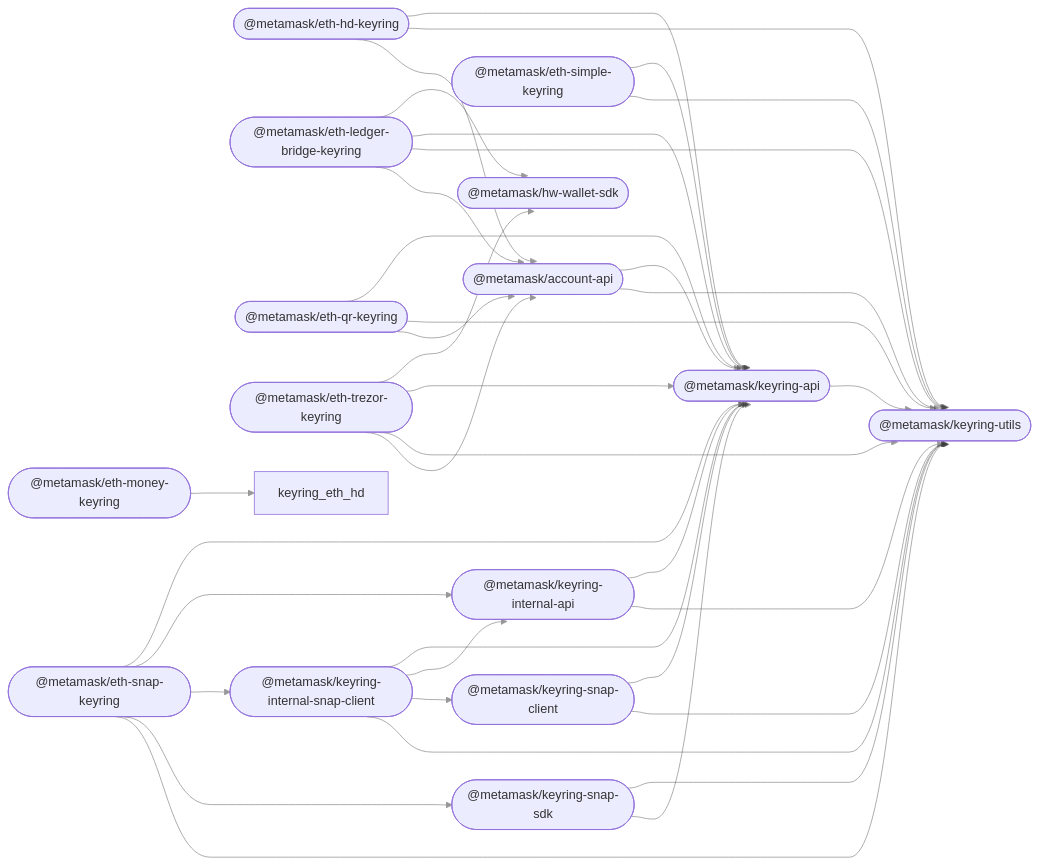
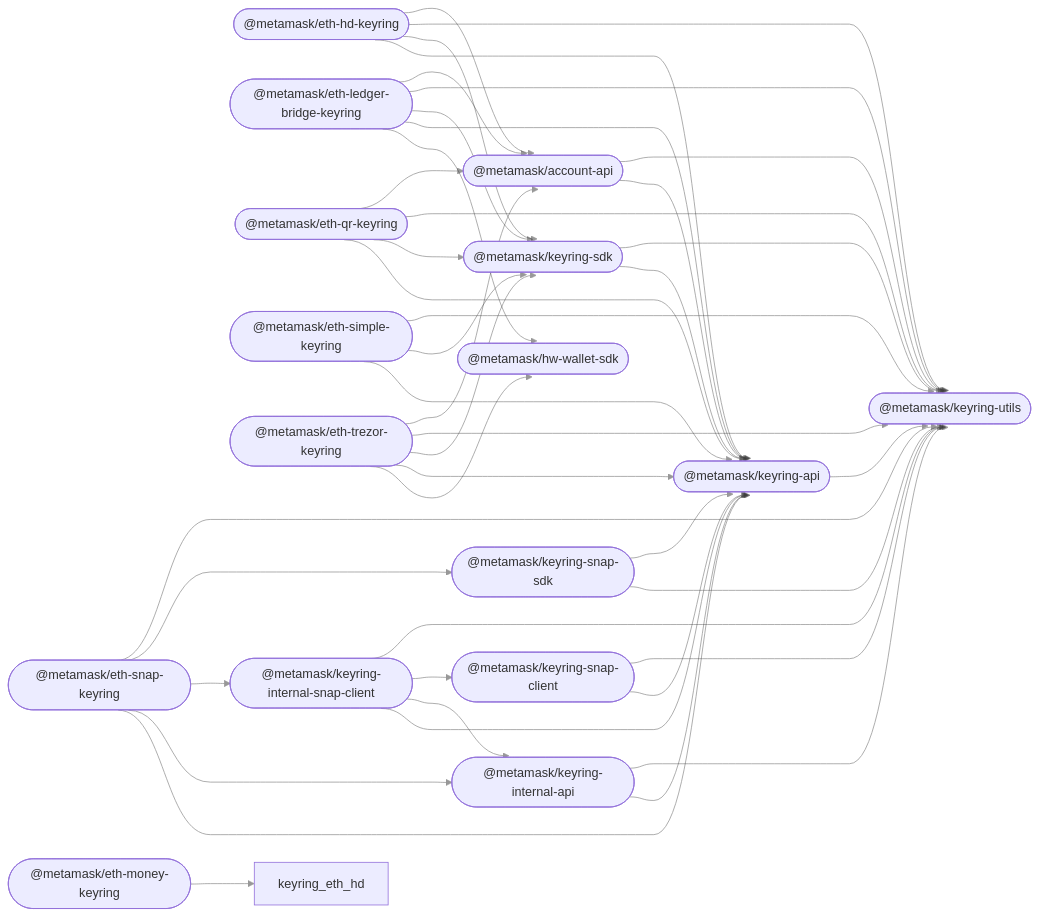
One commit to MetaMask/accounts changed the diagram in README.md. Above: the diagram before and after it, drawn with Mermaid. The commit also changed other lines of this file, not shown here.

````diff
--- a/README.md
+++ b/README.md
@@ -37,55 +38,63 @@
 ```mermaid
 %%{ init: { 'flowchart': { 'curve': 'bumpX' } } }%%
 graph LR;
 linkStyle default opacity:0.5
   account_api(["@metamask/account-api"]);
   hw_wallet_sdk(["@metamask/hw-wallet-sdk"]);
   keyring_api(["@metamask/keyring-api"]);
   eth_hd_keyring(["@metamask/eth-hd-keyring"]);
   eth_ledger_bridge_keyring(["@metamask/eth-ledger-bridge-keyring"]);
   eth_money_keyring(["@metamask/eth-money-keyring"]);
   eth_qr_keyring(["@metamask/eth-qr-keyring"]);
   eth_simple_keyring(["@metamask/eth-simple-keyring"]);
   eth_trezor_keyring(["@metamask/eth-trezor-keyring"]);
   keyring_internal_api(["@metamask/keyring-internal-api"]);
   keyring_internal_snap_client(["@metamask/keyring-internal-snap-client"]);
+  keyring_sdk(["@metamask/keyring-sdk"]);
   eth_snap_keyring(["@metamask/eth-snap-keyring"]);
   keyring_snap_client(["@metamask/keyring-snap-client"]);
   keyring_snap_sdk(["@metamask/keyring-snap-sdk"]);
   keyring_utils(["@metamask/keyring-utils"]);
   account_api --> keyring_api;
   account_api --> keyring_utils;
   keyring_api --> keyring_utils;
   eth_hd_keyring --> keyring_api;
+  eth_hd_keyring --> keyring_sdk;
   eth_hd_keyring --> keyring_utils;
   eth_hd_keyring --> account_api;
   eth_ledger_bridge_keyring --> hw_wallet_sdk;
   eth_ledger_bridge_keyring --> keyring_api;
+  eth_ledger_bridge_keyring --> keyring_sdk;
   eth_ledger_bridge_keyring --> keyring_utils;
   eth_ledger_bridge_keyring --> account_api;
   eth_money_keyring --> keyring_eth_hd;
   eth_qr_keyring --> keyring_api;
+  eth_qr_keyring --> keyring_sdk;
   eth_qr_keyring --> keyring_utils;
   eth_qr_keyring --> account_api;
   eth_simple_keyring --> keyring_api;
+  eth_simple_keyring --> keyring_sdk;
   eth_simple_keyring --> keyring_utils;
   eth_trezor_keyring --> hw_wallet_sdk;
   eth_trezor_keyring --> keyring_api;
+  eth_trezor_keyring --> keyring_sdk;
   eth_trezor_keyring --> keyring_utils;
   eth_trezor_keyring --> account_api;
   keyring_internal_api --> keyring_api;
   keyring_internal_api --> keyring_utils;
   keyring_internal_snap_client --> keyring_api;
   keyring_internal_snap_client --> keyring_internal_api;
   keyring_internal_snap_client --> keyring_snap_client;
   keyring_internal_snap_client --> keyring_utils;
+  keyring_sdk --> keyring_api;
+  keyring_sdk --> keyring_utils;
   eth_snap_keyring --> keyring_api;
   eth_snap_keyring --> keyring_internal_api;
   eth_snap_keyring --> keyring_internal_snap_client;
   eth_snap_keyring --> keyring_snap_sdk;
   eth_snap_keyring --> keyring_utils;
   keyring_snap_client --> keyring_api;
   keyring_snap_client --> keyring_utils;
   keyring_snap_sdk --> keyring_utils;
   keyring_snap_sdk --> keyring_api;
 ```
````
